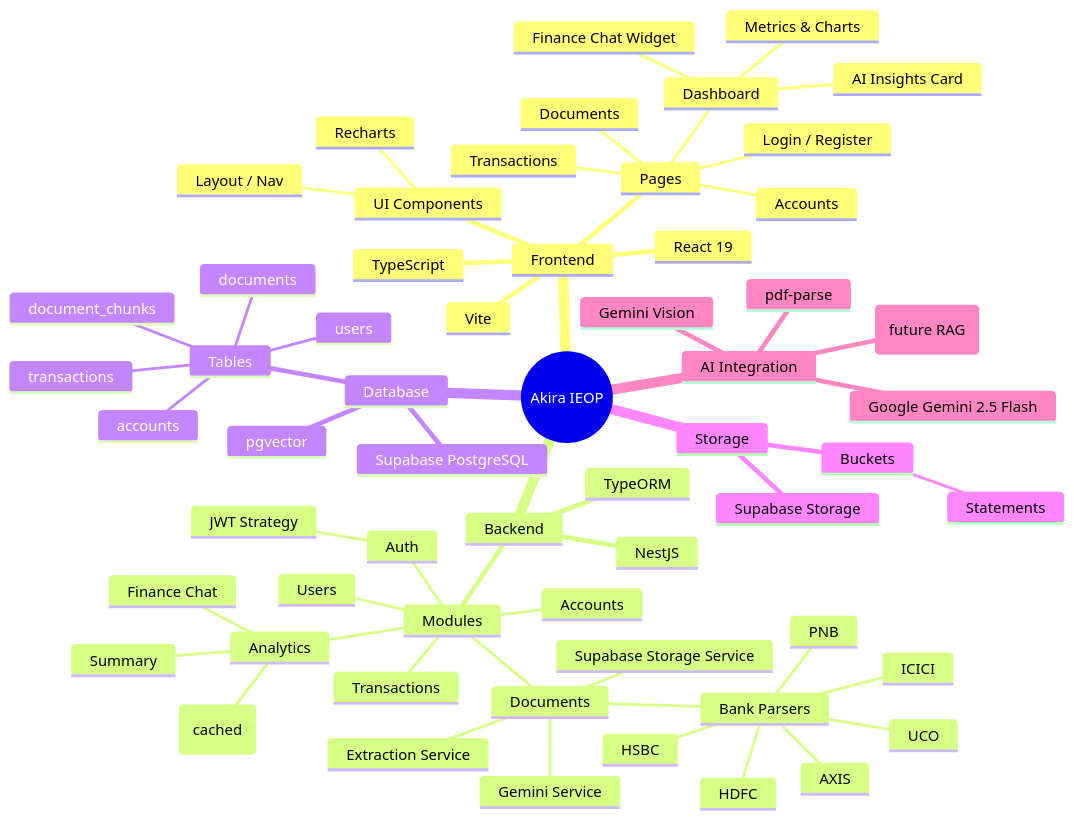
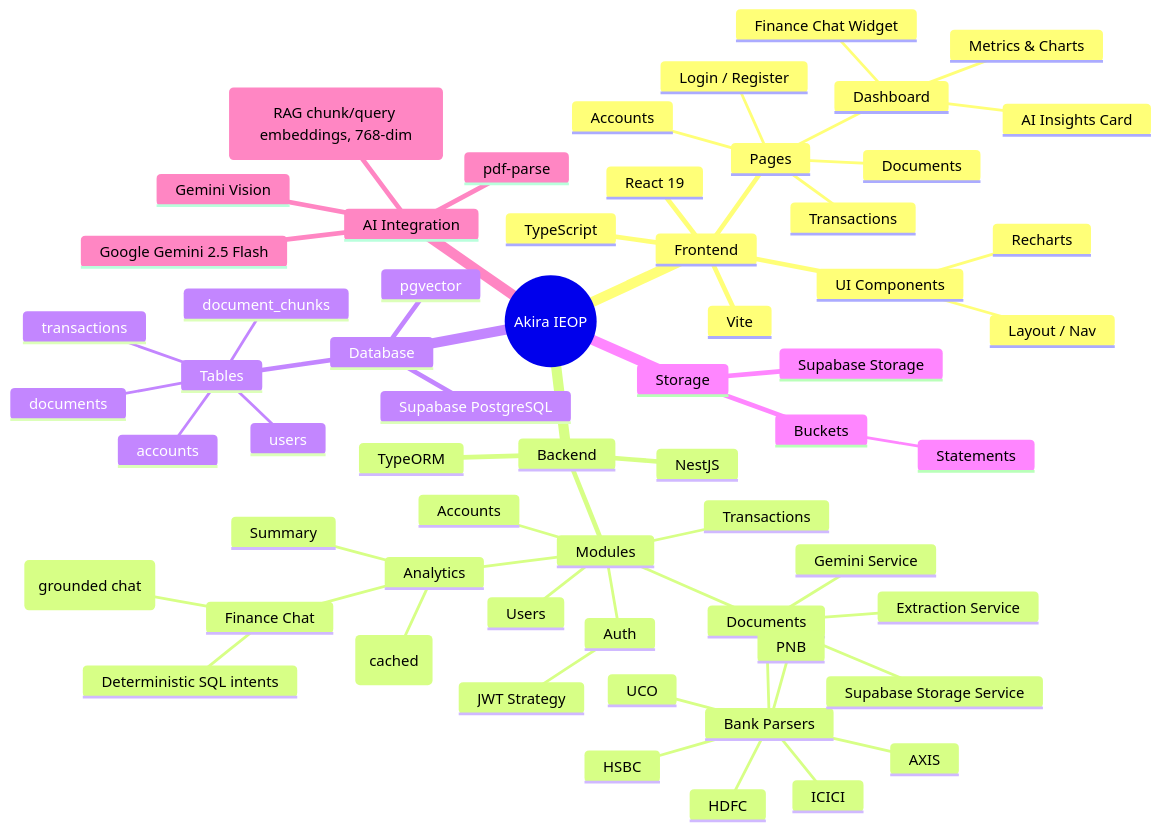
The first of 2 diagrams in PROJECT_CONTEXT.md (bhavesh029/Akira), drawn with Mermaid before and after one commit. The commit also changed other lines of this file and 48 other files, not shown here.

````diff
--- a/PROJECT_CONTEXT.md
+++ b/PROJECT_CONTEXT.md
@@ -10,62 +10,64 @@
 ```mermaid
 mindmap
   root((Akira IEOP))
     Frontend
       React 19
       Vite
       TypeScript
       UI Components
         Recharts
         Layout / Nav
       Pages
         Dashboard
           Metrics & Charts
           AI Insights Card
           Finance Chat Widget
         Accounts
         Documents
         Transactions
         Login / Register
     Backend
       NestJS
       TypeORM
       Modules
         Auth
           JWT Strategy
         Users
         Accounts
         Documents
           Extraction Service
           Gemini Service
           Bank Parsers
             HDFC
             ICICI
             HSBC
             UCO
             PNB
             AXIS
           Supabase Storage Service
         Transactions
         Analytics
           Summary
           AI Insights (cached)
           Finance Chat
+            Deterministic SQL intents
+            RAG fallback (grounded chat)
     Database
       Supabase PostgreSQL
       pgvector
       Tables
         users
         accounts
         documents
         transactions
         document_chunks
     Storage
       Supabase Storage
       Buckets
         Statements
     AI Integration
       Google Gemini 2.5 Flash
       Gemini Vision
       pdf-parse
-      text-embedding-004 (future RAG)
+      gemini-embedding-001 (RAG chunk/query embeddings, 768-dim)
 ```
````
